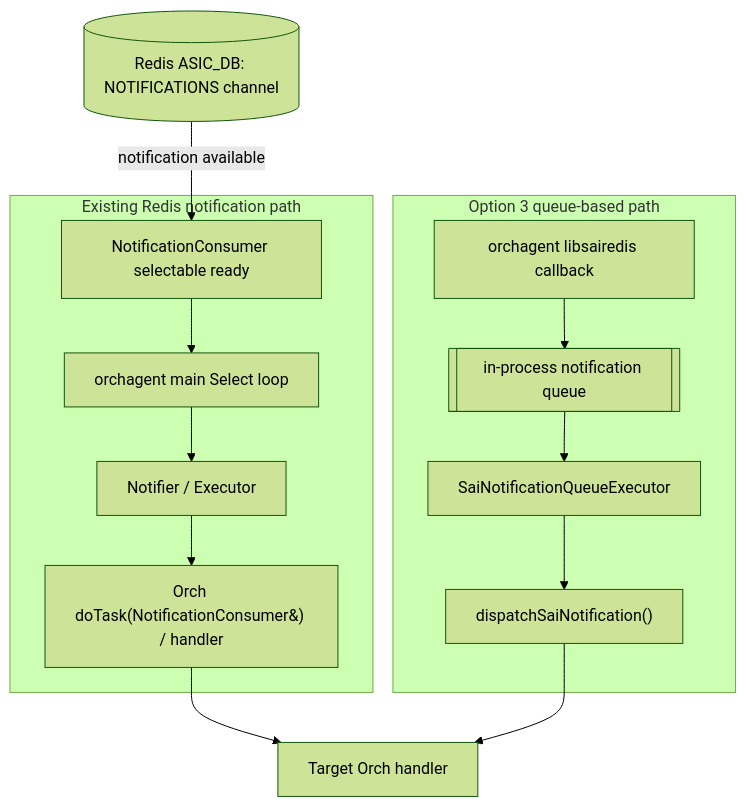
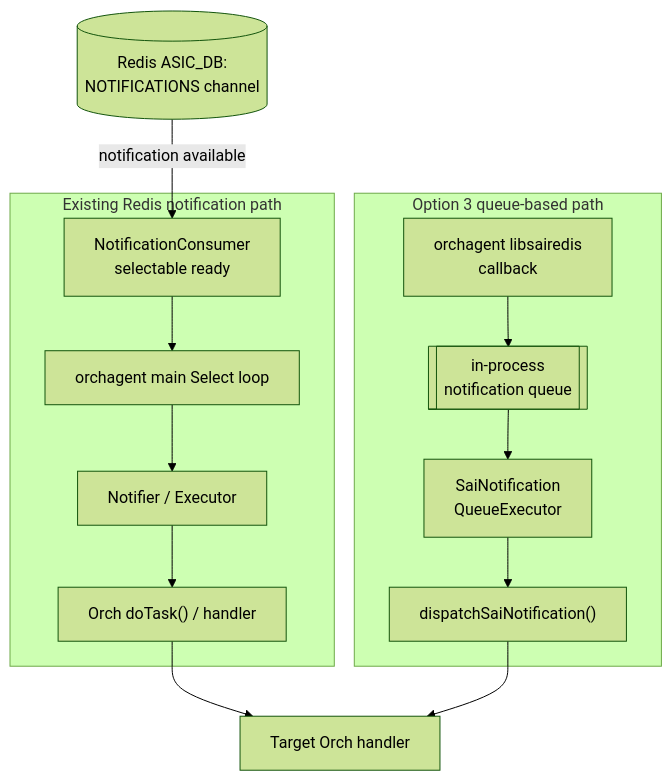
One commit to sonic-net/sonic-buildimage changed the eighth of 11 diagrams in hld/zmq-southbound-sai-notification-handling.md. Above: the diagram before and after it, drawn with Mermaid (forest theme). The commit also changed other lines of this file, not shown here.

Commit message:
Improve HLD Mermaid diagram rendering

````diff
--- a/hld/zmq-southbound-sai-notification-handling.md
+++ b/hld/zmq-southbound-sai-notification-handling.md
@@ -455,32 +455,32 @@
 ```mermaid
 flowchart TD
-    redisNotifications[("Redis ASIC_DB: NOTIFICATIONS channel")]
+    redisNotifications[("Redis ASIC_DB:<br/>NOTIFICATIONS channel")]
 
     subgraph redisPath["Existing Redis notification path"]
-        redisConsumerReady["NotificationConsumer selectable ready"]
+        redisConsumerReady["NotificationConsumer<br/>selectable ready"]
         redisMainLoop["orchagent main Select loop"]
         notifier["Notifier / Executor"]
-        redisDoTask["Orch doTask(NotificationConsumer&) / handler"]
+        redisDoTask["Orch doTask() / handler"]
     end
 
     subgraph option3Path["Option 3 queue-based path"]
-        libsairedisCallback["orchagent libsairedis callback"]
-        notificationQueue[["in-process notification queue"]]
-        queueExecutor["SaiNotificationQueueExecutor"]
+        libsairedisCallback["orchagent libsairedis<br/>callback"]
+        notificationQueue[["in-process<br/>notification queue"]]
+        queueExecutor["SaiNotification<br/>QueueExecutor"]
         option3Dispatch["dispatchSaiNotification()"]
     end
 
     targetHandler["Target Orch handler"]
 
     redisNotifications -->|"notification available"| redisConsumerReady
     redisConsumerReady --> redisMainLoop
     redisMainLoop --> notifier
     notifier --> redisDoTask
     redisDoTask --> targetHandler
 
     libsairedisCallback --> notificationQueue
     notificationQueue --> queueExecutor
     queueExecutor --> option3Dispatch
     option3Dispatch --> targetHandler
 
 ```
````
